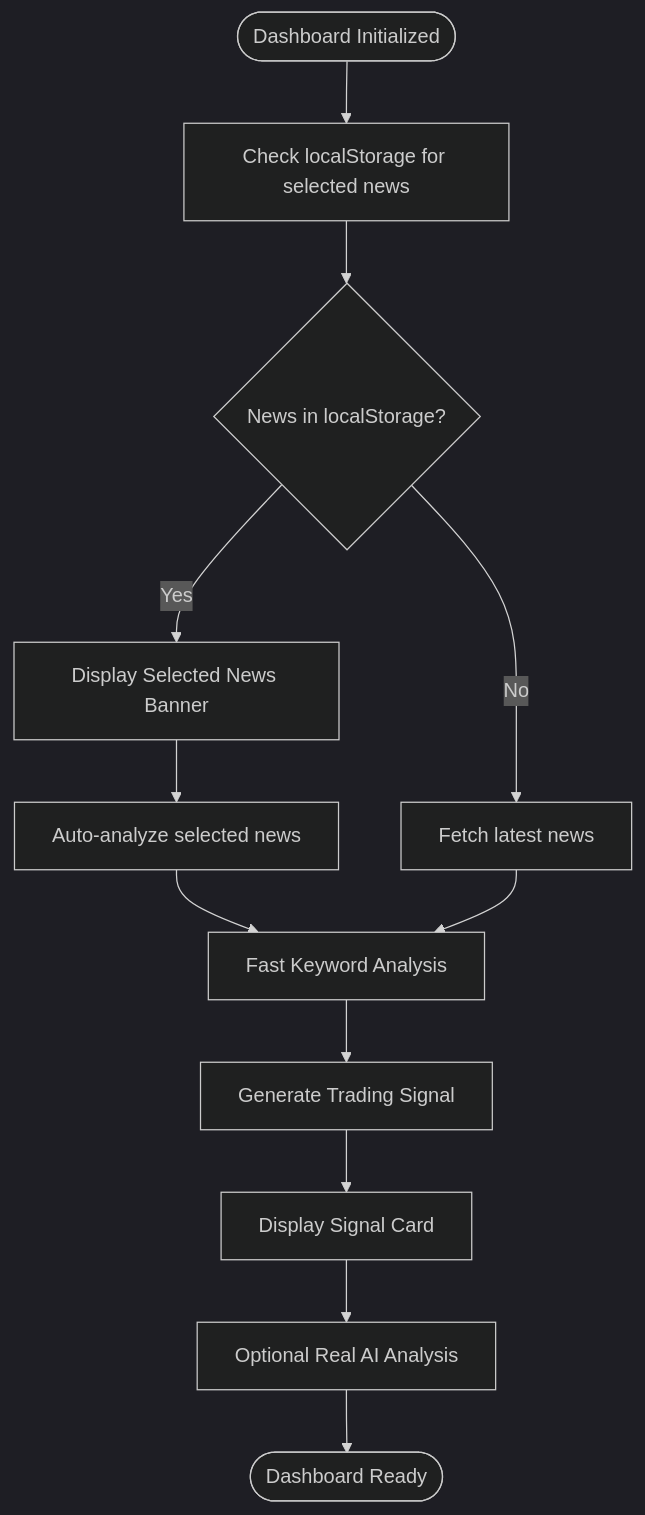
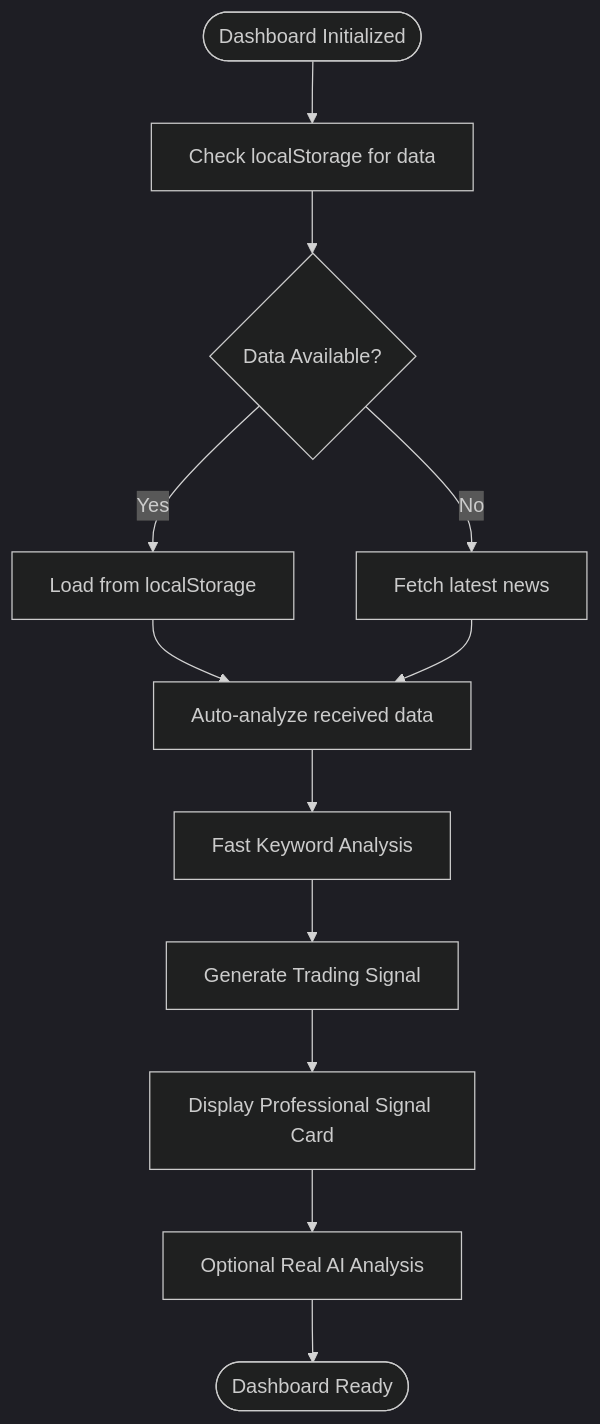
One commit to ayushtiwari1526/TheReinforcers_AyushTiwari changed the fourth of 7 diagrams in .qoder/repowiki/en/content/JavaScript Implementation.md. Above: the diagram before and after it, drawn with Mermaid (dark theme). The commit also changed other lines of this file and 15 other files, not shown here.

````diff
--- a/.qoder/repowiki/en/content/JavaScript Implementation.md
+++ b/.qoder/repowiki/en/content/JavaScript Implementation.md
@@ -181,14 +250,14 @@
 ```mermaid
 flowchart TD
-Start(["Dashboard Initialized"]) --> CheckLocalStorage["Check localStorage for selected news"]
-CheckLocalStorage --> HasNews{"News in localStorage?"}
-HasNews --> |Yes| ShowBanner["Display Selected News Banner"]
-ShowBanner --> AutoAnalyze["Auto-analyze selected news"]
-HasNews --> |No| FetchLatest["Fetch latest news"]
+Start(["Dashboard Initialized"]) --> CheckLocalStorage["Check localStorage for data"]
+CheckLocalStorage --> HasData{"Data Available?"}
+HasData --> |Yes| LoadFromStorage["Load from localStorage"]
+HasData --> |No| FetchLatest["Fetch latest news"]
+LoadFromStorage --> AutoAnalyze["Auto-analyze received data"]
+FetchLatest --> AutoAnalyze
 AutoAnalyze --> FastAnalysis["Fast Keyword Analysis"]
-FetchLatest --> FastAnalysis
 FastAnalysis --> GenerateSignal["Generate Trading Signal"]
-GenerateSignal --> DisplaySignal["Display Signal Card"]
+GenerateSignal --> DisplaySignal["Display Professional Signal Card"]
 DisplaySignal --> OptionalAI["Optional Real AI Analysis"]
 OptionalAI --> End(["Dashboard Ready"])
 ```
````
